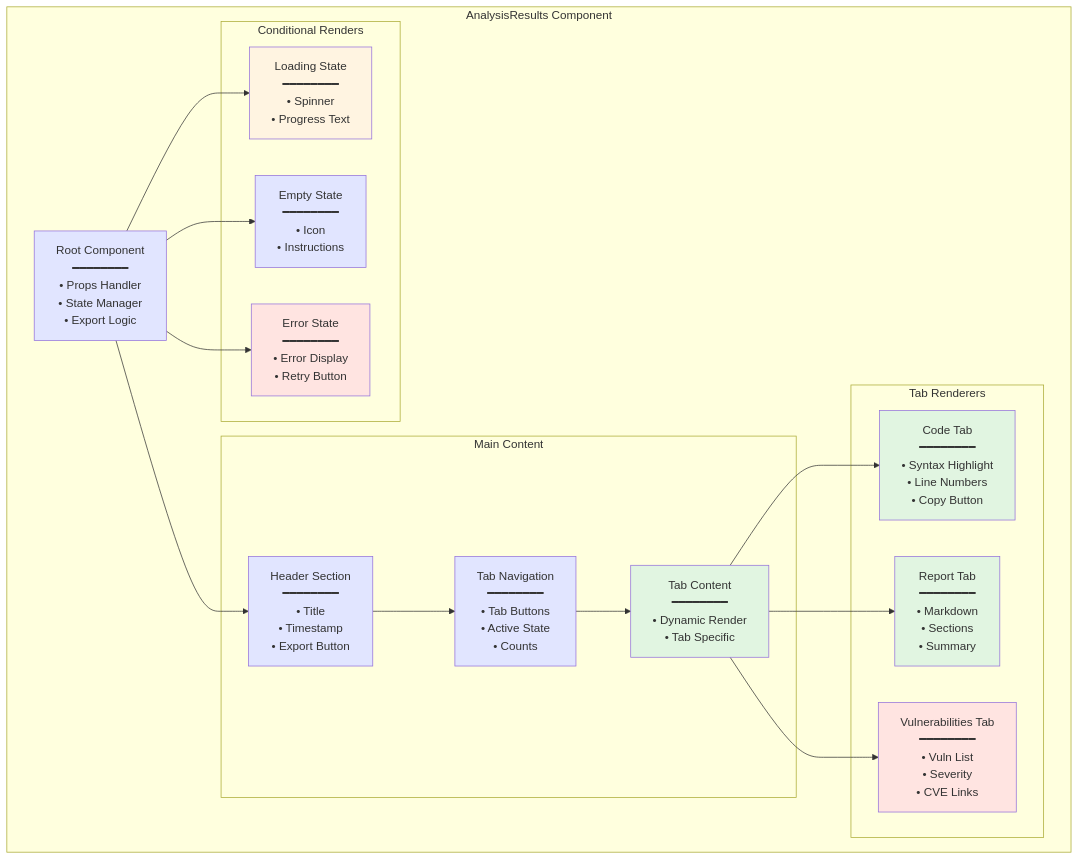
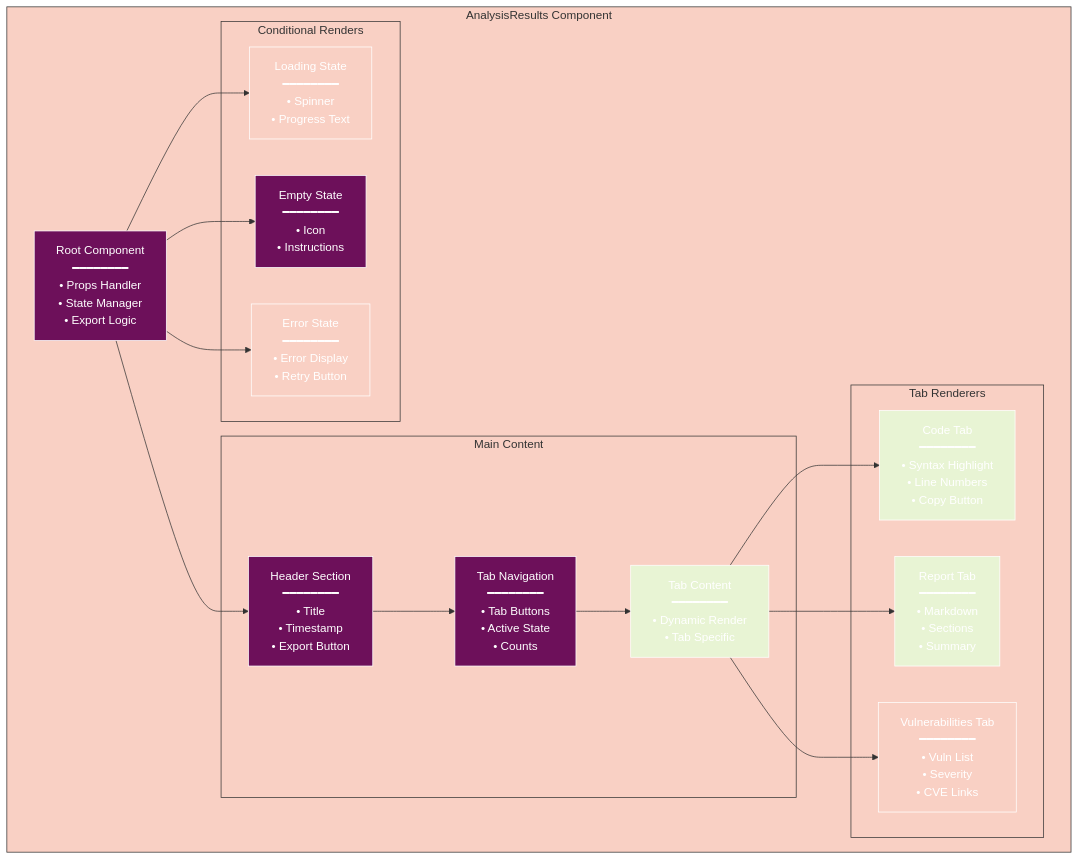
Diagram 12 of 12 in docs/components/ANALYSIS_RESULTS.md (radicalkjax/Athena), drawn with Mermaid before and after one commit. The commit also changed other lines of this file and 27 other files, not shown here.

Commit message:
Introduction of expo package manager. Updated docs to reflect changes. Unified mermaid theme for docs.

````diff
--- a/docs/components/ANALYSIS_RESULTS.md
+++ b/docs/components/ANALYSIS_RESULTS.md
@@ -501,45 +732,66 @@
 ```mermaid
+%%{init: {
+  'theme': 'base',
+  'themeVariables': {
+    'primaryColor': '#6d105a',
+    'primaryTextColor': '#ffffff',
+    'primaryBorderColor': '#ffffff',
+    'lineColor': '#333333',
+    'secondaryColor': '#e8f4d4',
+    'secondaryTextColor': '#333333',
+    'secondaryBorderColor': '#333333',
+    'tertiaryColor': '#f9d0c4',
+    'tertiaryTextColor': '#333333',
+    'tertiaryBorderColor': '#333333',
+    'background': '#ffffff',
+    'mainBkg': '#6d105a',
+    'secondBkg': '#e8f4d4',
+    'tertiaryBkg': '#f9d0c4',
+    'textColor': '#333333',
+    'fontFamily': 'Arial, sans-serif'
+  }
+}}%%
 graph TD
     subgraph "AnalysisResults Component"
         A[Root Component<br/>━━━━━━━━<br/>• Props Handler<br/>• State Manager<br/>• Export Logic]
         
         subgraph "Conditional Renders"
             B[Loading State<br/>━━━━━━━━<br/>• Spinner<br/>• Progress Text]
             C[Empty State<br/>━━━━━━━━<br/>• Icon<br/>• Instructions]
             D[Error State<br/>━━━━━━━━<br/>• Error Display<br/>• Retry Button]
         end
         
         subgraph "Main Content"
             E[Header Section<br/>━━━━━━━━<br/>• Title<br/>• Timestamp<br/>• Export Button]
             F[Tab Navigation<br/>━━━━━━━━<br/>• Tab Buttons<br/>• Active State<br/>• Counts]
             G[Tab Content<br/>━━━━━━━━<br/>• Dynamic Render<br/>• Tab Specific]
         end
         
         subgraph "Tab Renderers"
             H[Code Tab<br/>━━━━━━━━<br/>• Syntax Highlight<br/>• Line Numbers<br/>• Copy Button]
             I[Report Tab<br/>━━━━━━━━<br/>• Markdown<br/>• Sections<br/>• Summary]
             J[Vulnerabilities Tab<br/>━━━━━━━━<br/>• Vuln List<br/>• Severity<br/>• CVE Links]
         end
     end
     
     A --> B
     A --> C
     A --> D
     A --> E
     E --> F
     F --> G
     G --> H
     G --> I
     G --> J
     
-    style A fill:#e1e5ff
-    style B fill:#fff4e1
-    style C fill:#e1e5ff
-    style D fill:#ffe4e1
-    style E fill:#e1e5ff
-    style F fill:#e1e5ff
-    style G fill:#e1f5e1
-    style H fill:#e1f5e1
-    style I fill:#e1f5e1
-    style J fill:#ffe4e1
+    style A fill:#6d105a
+    style B fill:#f9d0c4
+    style C fill:#6d105a
+    style D fill:#f9d0c4
+    style E fill:#6d105a
+    style F fill:#6d105a
+    style G fill:#e8f4d4
+    style H fill:#e8f4d4
+    style I fill:#e8f4d4
+    style J fill:#f9d0c4
 ```
````
